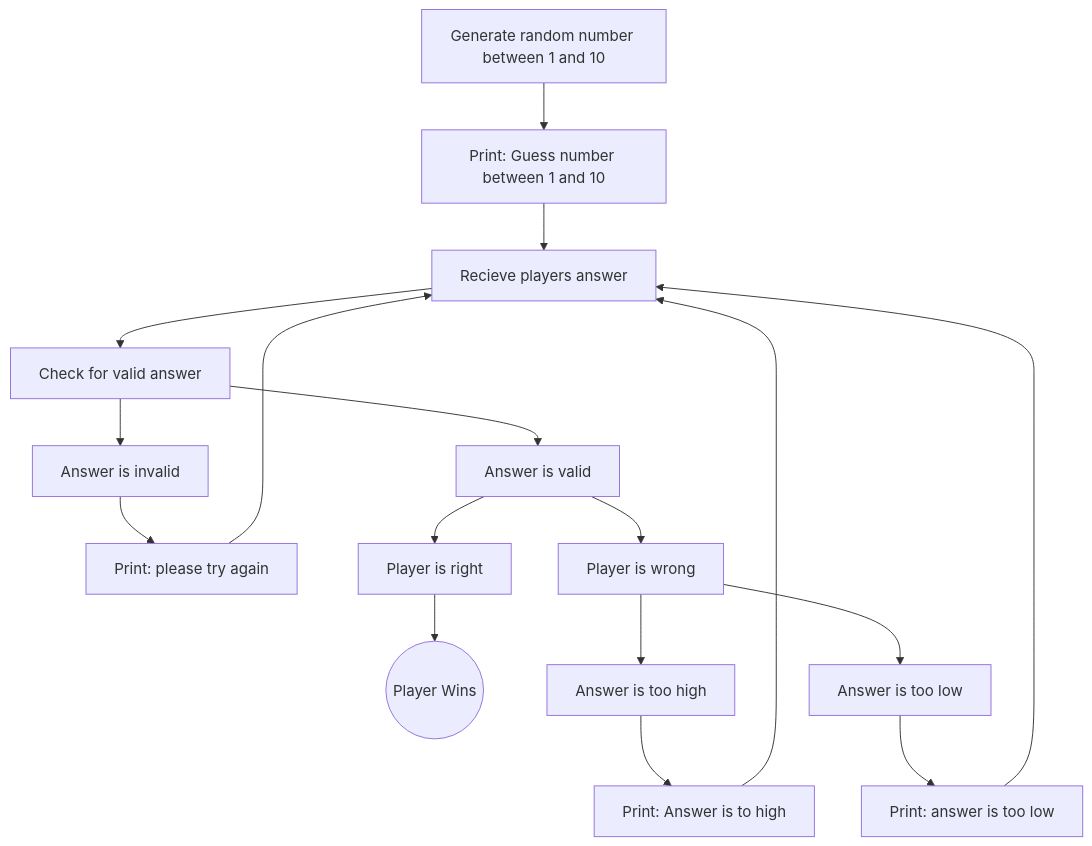
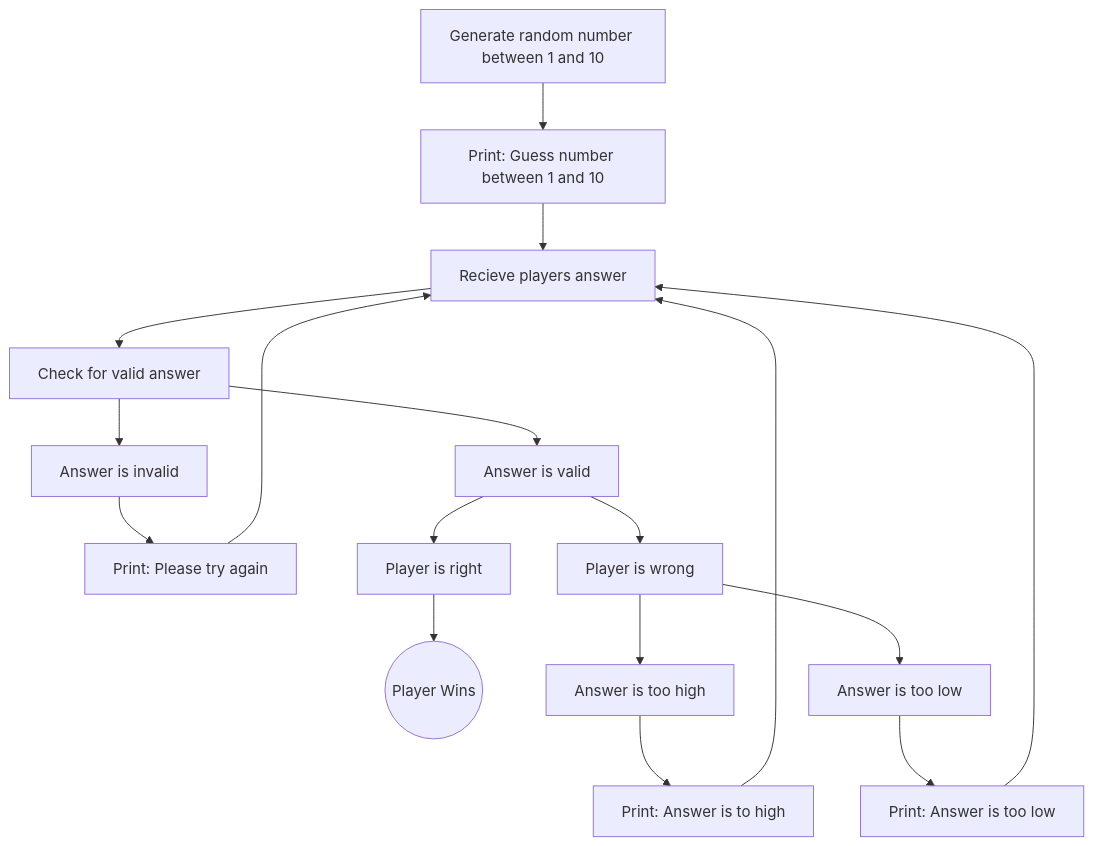
The diagram in Guessing.md (caleb-mook/caleb-mook.github.io), drawn with Mermaid before and after one commit.

````diff
--- a/Guessing.md
+++ b/Guessing.md
@@ -1,19 +1,19 @@
 ```mermaid
 flowchart TD
 generate[Generate random number between 1 and 10] --> print_Q[Print: Guess number between 1 and 10]
 print_Q --> get_answer[Recieve players answer]
     get_answer --> checkv[Check for valid answer]
     checkv --> valid[Answer is valid]
     checkv --> nvalid[Answer is invalid]
-    nvalid --> try_again[Print: please try again]
+    nvalid --> try_again[Print: Please try again]
     try_again --> get_answer
     valid --> player_right[Player is right]
     player_right --> win((Player Wins))
     valid --> player_wrong[Player is wrong]
     player_wrong --> too_high[Answer is too high]
     too_high --> print_too_high[Print: Answer is to high]
     print_too_high --> get_answer
     player_wrong --> too_low[Answer is too low]
-    too_low --> print_too_low[Print: answer is too low]
+    too_low --> print_too_low[Print: Answer is too low]
     print_too_low --> get_answer
 ```
````
